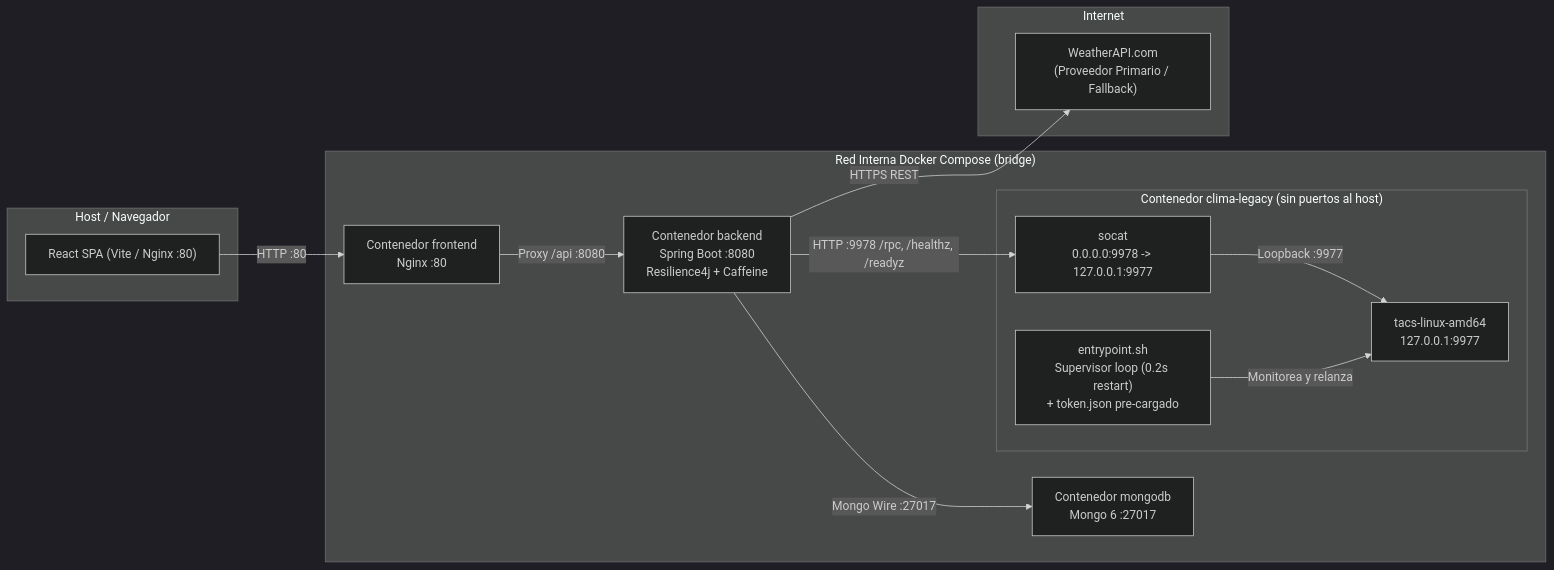
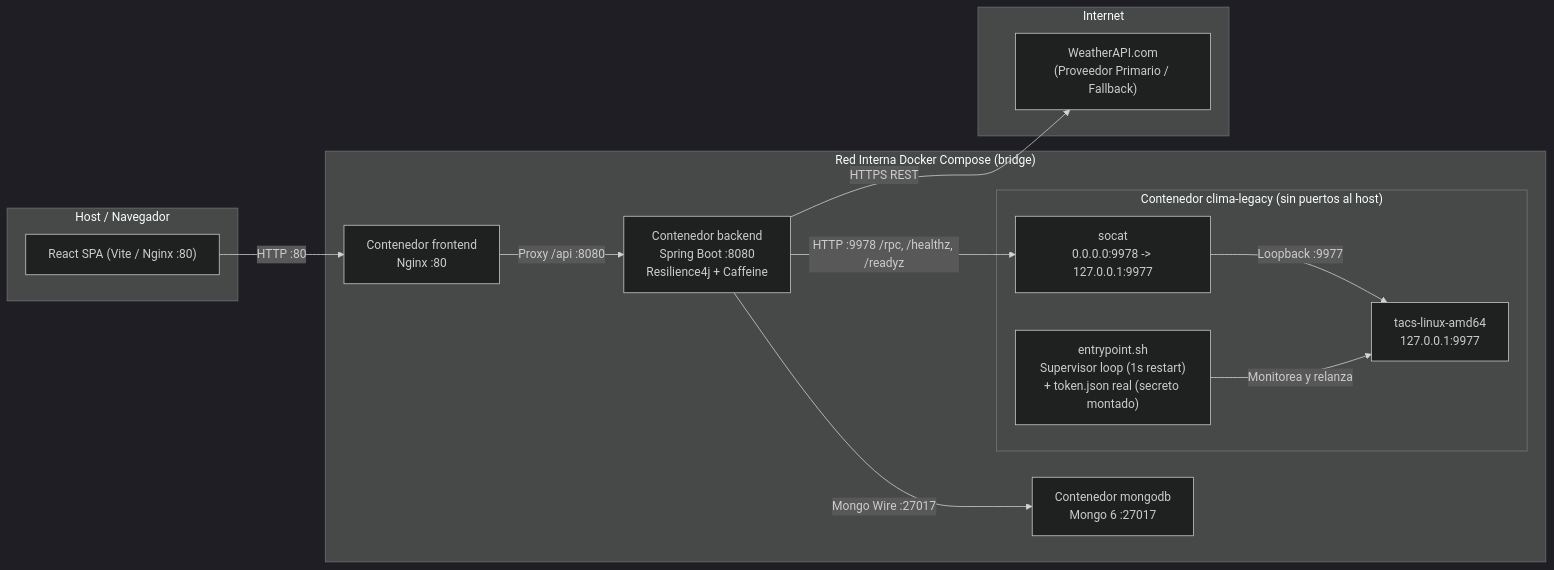
Before and after one commit to LucasHerdegen/tacs-tp-2026-2c: the first of 2 diagrams in docs/proveedor-clima-legacy.md, drawn with Mermaid (dark theme). The commit also changed other lines of this file and 4 other files, not shown here.

````diff
--- a/docs/proveedor-clima-legacy.md
+++ b/docs/proveedor-clima-legacy.md
@@ -203,30 +203,30 @@
 ```mermaid
 flowchart LR
     subgraph Host["Host / Navegador"]
         Browser["React SPA (Vite / Nginx :80)"]
     end
 
     subgraph DockerNet["Red Interna Docker Compose (bridge)"]
         Frontend["Contenedor frontend\nNginx :80"]
         Backend["Contenedor backend\nSpring Boot :8080\nResilience4j + Caffeine"]
         Mongo["Contenedor mongodb\nMongo 6 :27017"]
 
         subgraph LegacyContainer["Contenedor clima-legacy (sin puertos al host)"]
             Socat["socat\n0.0.0.0:9978 -> 127.0.0.1:9977"]
-            Supervisor["entrypoint.sh\nSupervisor loop (0.2s restart)\n+ token.json pre-cargado"]
+            Supervisor["entrypoint.sh\nSupervisor loop (1s restart)\n+ token.json real (secreto montado)"]
             Binario["tacs-linux-amd64\n127.0.0.1:9977"]
         end
     end
 
     subgraph Externo["Internet"]
         WeatherAPI["WeatherAPI.com\n(Proveedor Primario / Fallback)"]
     end
 
     Browser -->|HTTP :80| Frontend
     Frontend -->|Proxy /api :8080| Backend
     Backend -->|Mongo Wire :27017| Mongo
     Backend -->|HTTP :9978 /rpc, /healthz, /readyz| Socat
     Socat -->|Loopback :9977| Binario
     Supervisor -->|Monitorea y relanza| Binario
     Backend -->|HTTPS REST| WeatherAPI
 ```
````
